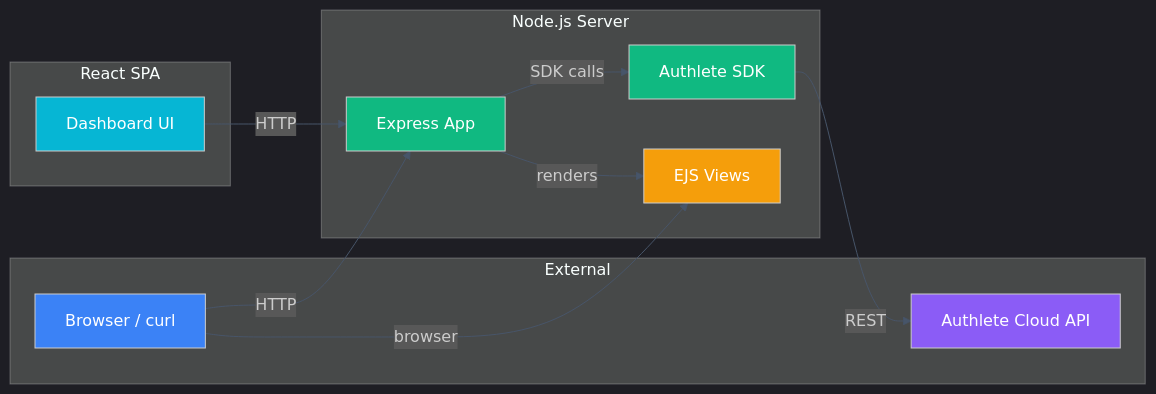
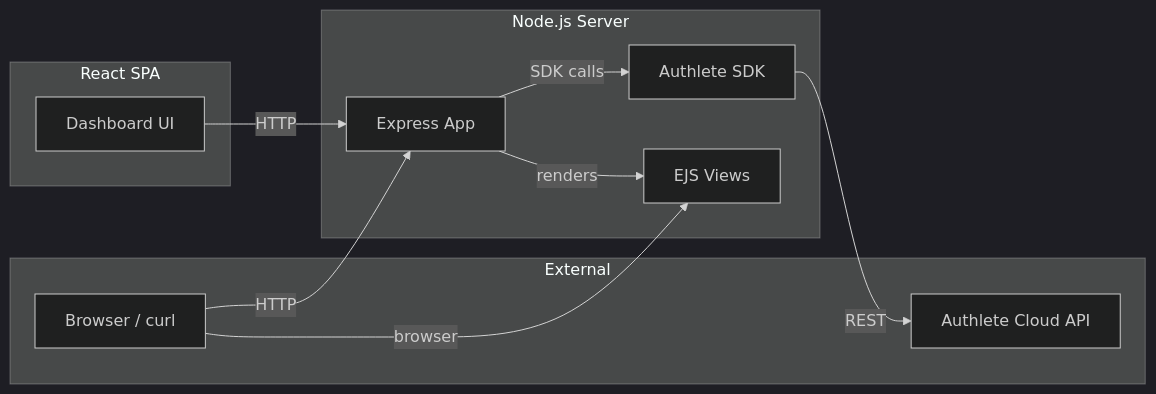
One commit to blackadi/OAUTH2.0 changed the second of 2 diagrams in docs/README.md. Above: the diagram before and after it, drawn with Mermaid. The commit also changed other lines of this file and 15 other files, not shown here.

````diff
--- a/docs/README.md
+++ b/docs/README.md
@@ -3,28 +68,23 @@
 ```mermaid
-%%{init: {'theme': 'dark', 'themeVariables': { 'primaryColor': '#1e293b', 'primaryTextColor': '#e2e8f0', 'primaryBorderColor': '#334155', 'lineColor': '#475569', 'secondaryColor': '#0f172a', 'tertiaryColor': '#1e293b', 'fontFamily': 'Inter'}}}%%
+%%{init: {'theme': 'dark'}}%%
 flowchart LR
     subgraph External["External"]
         B[Browser / curl]
         A[Authlete Cloud API]
     end
     subgraph Server["Node.js Server"]
         E[Express App]
         S[Authlete SDK]
         V[EJS Views]
     end
     subgraph Client["React SPA"]
         D[Dashboard UI]
     end
+
     B -->|HTTP| E
     D -->|HTTP| E
     E -->|SDK calls| S
     S -->|REST| A
     E -->|renders| V
     B -->|browser| V
-    style B fill:#3b82f6,color:#fff
-    style A fill:#8b5cf6,color:#fff
-    style E fill:#10b981,color:#fff
-    style S fill:#10b981,color:#fff
-    style V fill:#f59e0b,color:#fff
-    style D fill:#06b6d4,color:#fff
 ```
````
